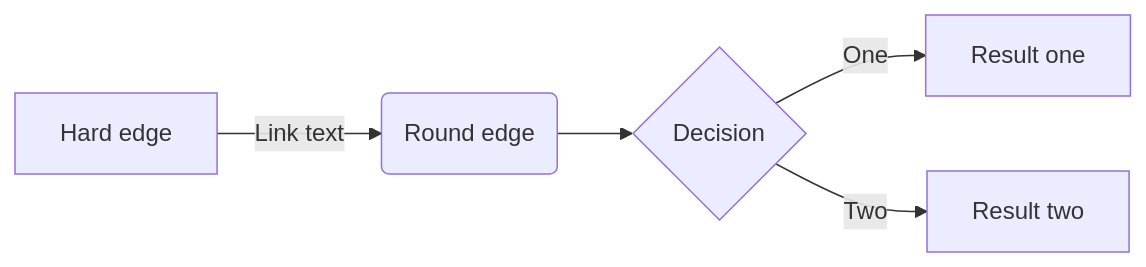
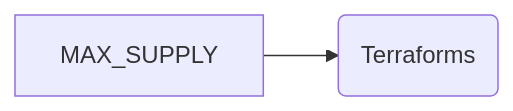
One commit to thebadcc/terraform-docs changed the diagram in contracts/Terraforms.md. Above: the diagram before and after it, drawn with Mermaid.

````diff
--- a/contracts/Terraforms.md
+++ b/contracts/Terraforms.md
@@ -29,7 +29,4 @@
 ```mermaid
 graph LR
-    A[Hard edge] -->|Link text| B(Round edge)
-    B --> C{Decision}
-    C -->|One| D[Result one]
-    C -->|Two| E[Result two]
+    A[MAX_SUPPLY] --> B(Terraforms)
 ```
````
